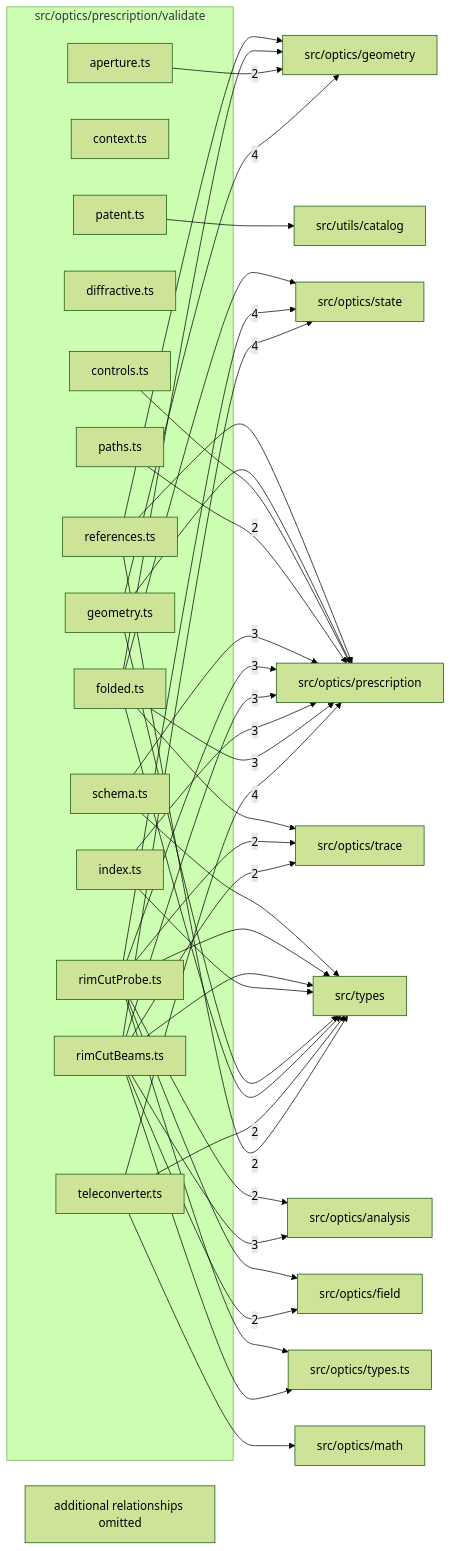
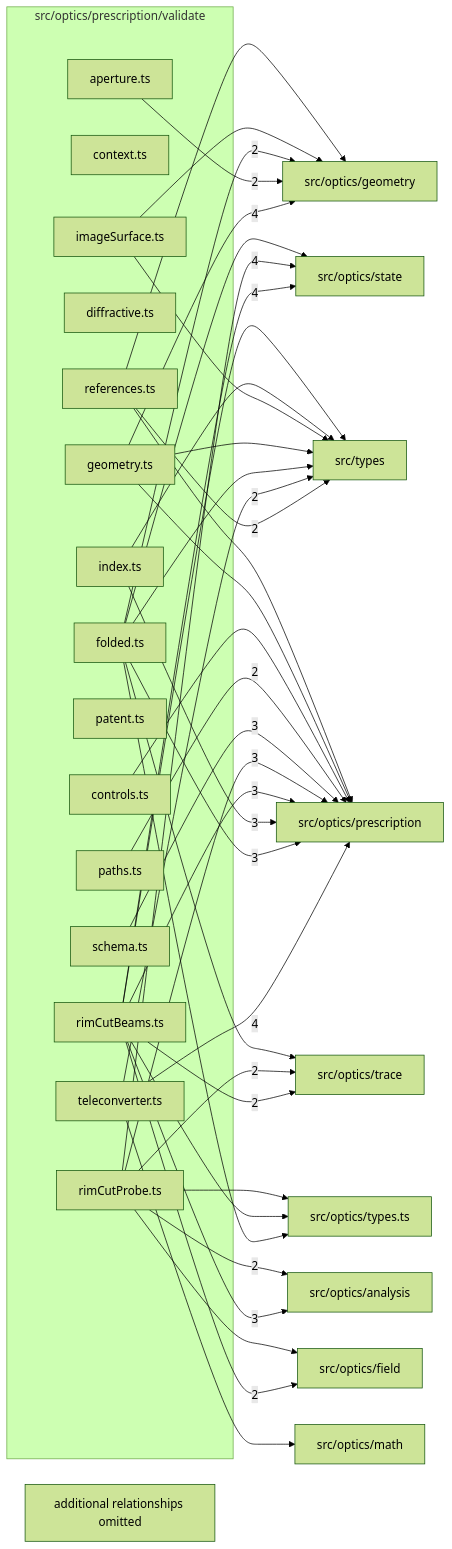
Before and after one commit to ronbuening/LensVisualizer: the diagram in src/optics/prescription/validate/readme.md, drawn with Mermaid (forest theme). The commit also changed other lines of this file and 46 other files, not shown here.

First line of the commit message:
Add the curved image-surface data contract and geometry primitive

````diff
--- a/src/optics/prescription/validate/readme.md
+++ b/src/optics/prescription/validate/readme.md
@@ -9,66 +9,66 @@
 ```mermaid
 flowchart LR
   subgraph n_src_optics_prescription_validate["src/optics/prescription/validate"]
     n_src_optics_prescription_validate_src_optics_prescription_validate_aperture_ts["aperture.ts"]
     n_src_optics_prescription_validate_src_optics_prescription_validate_context_ts["context.ts"]
     n_src_optics_prescription_validate_src_optics_prescription_validate_controls_ts["controls.ts"]
     n_src_optics_prescription_validate_src_optics_prescription_validate_diffractive_ts["diffractive.ts"]
     n_src_optics_prescription_validate_src_optics_prescription_validate_folded_ts["folded.ts"]
     n_src_optics_prescription_validate_src_optics_prescription_validate_geometry_ts["geometry.ts"]
+    n_src_optics_prescription_validate_src_optics_prescription_validate_imageSurface_ts["imageSurface.ts"]
     n_src_optics_prescription_validate_src_optics_prescription_validate_index_ts["index.ts"]
     n_src_optics_prescription_validate_src_optics_prescription_validate_patent_ts["patent.ts"]
     n_src_optics_prescription_validate_src_optics_prescription_validate_paths_ts["paths.ts"]
     n_src_optics_prescription_validate_src_optics_prescription_validate_references_ts["references.ts"]
     n_src_optics_prescription_validate_src_optics_prescription_validate_rimCutBeams_ts["rimCutBeams.ts"]
     n_src_optics_prescription_validate_src_optics_prescription_validate_rimCutProbe_ts["rimCutProbe.ts"]
     n_src_optics_prescription_validate_src_optics_prescription_validate_schema_ts["schema.ts"]
     n_src_optics_prescription_validate_src_optics_prescription_validate_teleconverter_ts["teleconverter.ts"]
   end
   n_external_src_optics_geometry["src/optics/geometry"]
   n_external_src_optics_prescription["src/optics/prescription"]
   n_external_src_optics_state["src/optics/state"]
   n_external_src_optics_analysis["src/optics/analysis"]
   n_external_src_optics_field["src/optics/field"]
   n_external_src_optics_trace["src/optics/trace"]
   n_external_src_types["src/types"]
   n_external_src_optics_math["src/optics/math"]
   n_external_src_optics_types_ts["src/optics/types.ts"]
-  n_external_src_utils_catalog["src/utils/catalog"]
   n_src_optics_prescription_validate_src_optics_prescription_validate_geometry_ts --> |4| n_external_src_optics_geometry
   n_src_optics_prescription_validate_src_optics_prescription_validate_teleconverter_ts --> |4| n_external_src_optics_prescription
   n_src_optics_prescription_validate_src_optics_prescription_validate_rimCutBeams_ts --> |4| n_external_src_optics_state
   n_src_optics_prescription_validate_src_optics_prescription_validate_rimCutProbe_ts --> |4| n_external_src_optics_state
   n_src_optics_prescription_validate_src_optics_prescription_validate_rimCutBeams_ts --> |3| n_external_src_optics_analysis
   n_src_optics_prescription_validate_src_optics_prescription_validate_folded_ts --> |3| n_external_src_optics_prescription
   n_src_optics_prescription_validate_src_optics_prescription_validate_index_ts --> |3| n_external_src_optics_prescription
   n_src_optics_prescription_validate_src_optics_prescription_validate_rimCutBeams_ts --> |3| n_external_src_optics_prescription
   n_src_optics_prescription_validate_src_optics_prescription_validate_rimCutProbe_ts --> |3| n_external_src_optics_prescription
   n_src_optics_prescription_validate_src_optics_prescription_validate_schema_ts --> |3| n_external_src_optics_prescription
   n_src_optics_prescription_validate_src_optics_prescription_validate_rimCutProbe_ts --> |2| n_external_src_optics_analysis
   n_src_optics_prescription_validate_src_optics_prescription_validate_rimCutBeams_ts --> |2| n_external_src_optics_field
   n_src_optics_prescription_validate_src_optics_prescription_validate_aperture_ts --> |2| n_external_src_optics_geometry
+  n_src_optics_prescription_validate_src_optics_prescription_validate_folded_ts --> |2| n_external_src_optics_geometry
   n_src_optics_prescription_validate_src_optics_prescription_validate_paths_ts --> |2| n_external_src_optics_prescription
   n_src_optics_prescription_validate_src_optics_prescription_validate_rimCutBeams_ts --> |2| n_external_src_optics_trace
   n_src_optics_prescription_validate_src_optics_prescription_validate_rimCutProbe_ts --> |2| n_external_src_optics_trace
   n_src_optics_prescription_validate_src_optics_prescription_validate_references_ts --> |2| n_external_src_types
   n_src_optics_prescription_validate_src_optics_prescription_validate_teleconverter_ts --> |2| n_external_src_types
   n_src_optics_prescription_validate_src_optics_prescription_validate_rimCutProbe_ts --> n_external_src_optics_field
-  n_src_optics_prescription_validate_src_optics_prescription_validate_folded_ts --> n_external_src_optics_geometry
+  n_src_optics_prescription_validate_src_optics_prescription_validate_imageSurface_ts --> n_external_src_optics_geometry
   n_src_optics_prescription_validate_src_optics_prescription_validate_references_ts --> n_external_src_optics_geometry
   n_src_optics_prescription_validate_src_optics_prescription_validate_teleconverter_ts --> n_external_src_optics_math
   n_src_optics_prescription_validate_src_optics_prescription_validate_controls_ts --> n_external_src_optics_prescription
   n_src_optics_prescription_validate_src_optics_prescription_validate_geometry_ts --> n_external_src_optics_prescription
   n_src_optics_prescription_validate_src_optics_prescription_validate_references_ts --> n_external_src_optics_prescription
   n_src_optics_prescription_validate_src_optics_prescription_validate_folded_ts --> n_external_src_optics_state
   n_src_optics_prescription_validate_src_optics_prescription_validate_folded_ts --> n_external_src_optics_trace
+  n_src_optics_prescription_validate_src_optics_prescription_validate_folded_ts --> n_external_src_optics_types_ts
   n_src_optics_prescription_validate_src_optics_prescription_validate_rimCutBeams_ts --> n_external_src_optics_types_ts
   n_src_optics_prescription_validate_src_optics_prescription_validate_rimCutProbe_ts --> n_external_src_optics_types_ts
   n_src_optics_prescription_validate_src_optics_prescription_validate_folded_ts --> n_external_src_types
   n_src_optics_prescription_validate_src_optics_prescription_validate_geometry_ts --> n_external_src_types
+  n_src_optics_prescription_validate_src_optics_prescription_validate_imageSurface_ts --> n_external_src_types
   n_src_optics_prescription_validate_src_optics_prescription_validate_index_ts --> n_external_src_types
   n_src_optics_prescription_validate_src_optics_prescription_validate_rimCutBeams_ts --> n_external_src_types
-  n_src_optics_prescription_validate_src_optics_prescription_validate_rimCutProbe_ts --> n_external_src_types
-  n_src_optics_prescription_validate_src_optics_prescription_validate_schema_ts --> n_external_src_types
-  n_src_optics_prescription_validate_src_optics_prescription_validate_patent_ts --> n_external_src_utils_catalog
   n_src_optics_prescription_validate_truncated["additional relationships omitted"]
 ```
````
